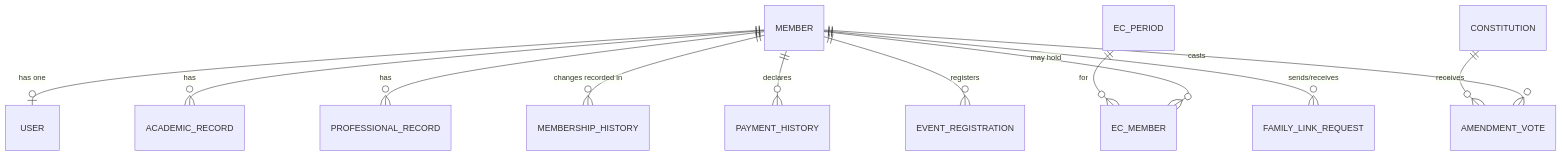
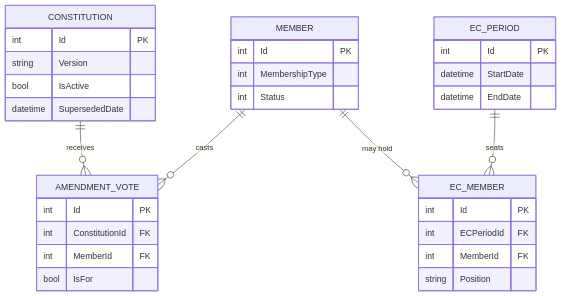
Before and after one commit to shalin-rahman/GHCAA: the sixth of 13 diagrams in docs/book/06-architecture.md, drawn with Mermaid. The commit also changed other lines of this file and 22 other files, not shown here.

First line of the commit message:
docs(book): align with the implementation, fit every figure to A4, print a real PDF

````diff
--- a/docs/book/06-architecture.md
+++ b/docs/book/06-architecture.md
@@ -620,14 +758,35 @@
 ```mermaid
 erDiagram
-    MEMBER ||--o| USER : "has one"
-    MEMBER ||--o{ ACADEMIC_RECORD : "has"
-    MEMBER ||--o{ PROFESSIONAL_RECORD : "has"
-    MEMBER ||--o{ MEMBERSHIP_HISTORY : "changes recorded in"
+    MEMBER {
+        int Id PK
+        int MembershipType
+        int Status
+    }
+    CONSTITUTION {
+        int Id PK
+        string Version
+        bool IsActive
+        datetime SupersededDate
+    }
+    AMENDMENT_VOTE {
+        int Id PK
+        int ConstitutionId FK
+        int MemberId FK
+        bool IsFor
+    }
+    EC_PERIOD {
+        int Id PK
+        datetime StartDate
+        datetime EndDate
+    }
+    EC_MEMBER {
+        int Id PK
+        int ECPeriodId FK
+        int MemberId FK
+        string Position
+    }
+    CONSTITUTION ||--o{ AMENDMENT_VOTE : "receives"
+    MEMBER ||--o{ AMENDMENT_VOTE : "casts"
+    EC_PERIOD ||--o{ EC_MEMBER : "seats"
     MEMBER ||--o{ EC_MEMBER : "may hold"
-    EC_PERIOD ||--o{ EC_MEMBER : "for"
-    MEMBER ||--o{ PAYMENT_HISTORY : "declares"
-    MEMBER ||--o{ EVENT_REGISTRATION : "registers"
-    MEMBER ||--o{ AMENDMENT_VOTE : "casts"
-    CONSTITUTION ||--o{ AMENDMENT_VOTE : "receives"
-    MEMBER ||--o{ FAMILY_LINK_REQUEST : "sends/receives"
 ```
````
